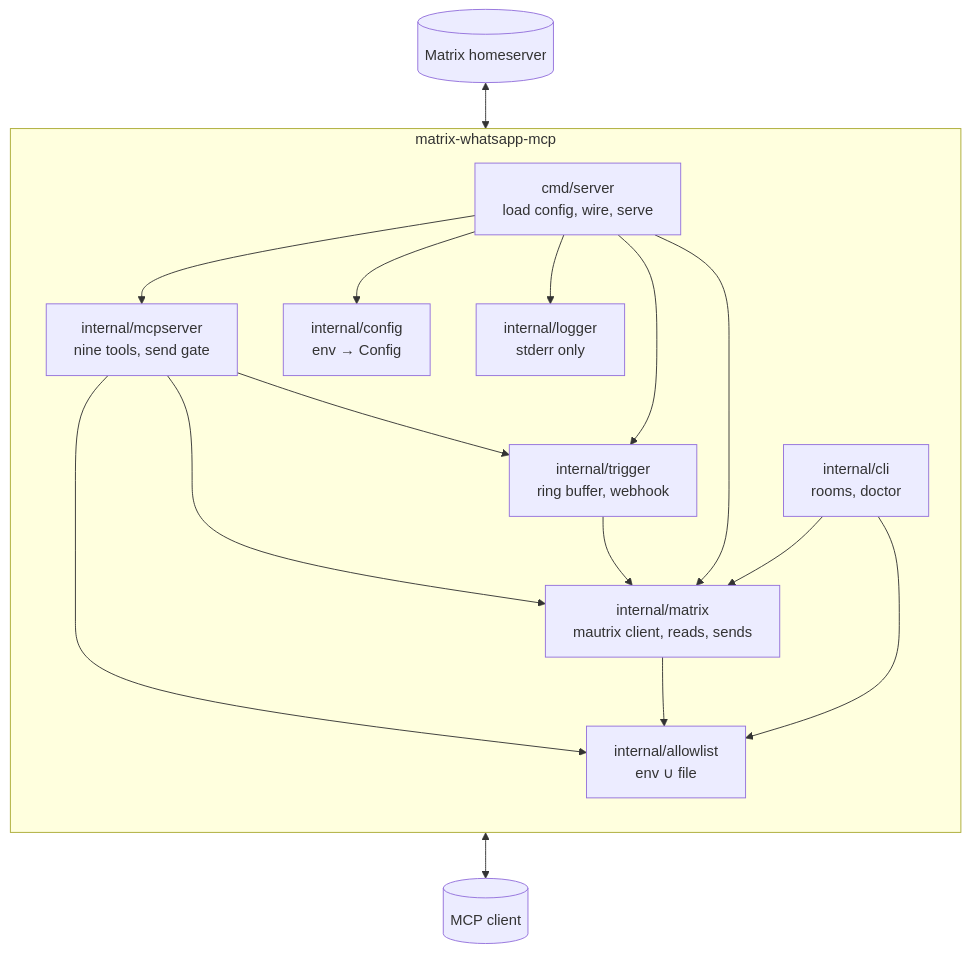
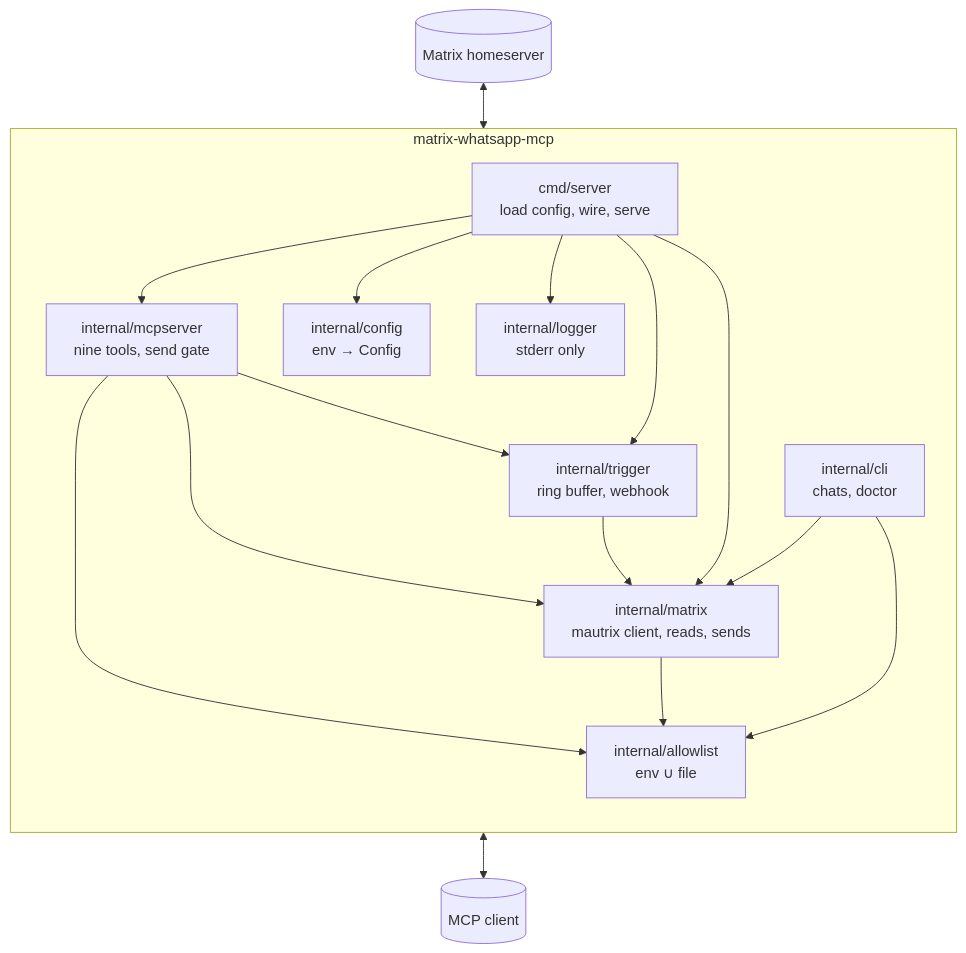
Before and after one commit to anoraks-oasis/matrix-whatsapp-mcp: the diagram in docs/architecture.md, drawn with Mermaid. The commit also changed other lines of this file and 9 other files, not shown here.

````diff
--- a/docs/architecture.md
+++ b/docs/architecture.md
@@ -7,28 +7,28 @@
 ```mermaid
 flowchart TB
   subgraph process["matrix-whatsapp-mcp"]
     direction TB
     main["cmd/server<br/>load config, wire, serve"]
     cfg["internal/config<br/>env → Config"]
     log["internal/logger<br/>stderr only"]
     mtx["internal/matrix<br/>mautrix client, reads, sends"]
     allow["internal/allowlist<br/>env ∪ file"]
     trig["internal/trigger<br/>ring buffer, webhook"]
     mcp["internal/mcpserver<br/>nine tools, send gate"]
-    cli["internal/cli<br/>rooms, doctor"]
+    cli["internal/cli<br/>chats, doctor"]
   end
   mcp --> mtx
   mcp --> trig
   mcp --> allow
   mtx --> allow
   trig --> mtx
   main --> mcp
   main --> mtx
   main --> trig
   main --> cfg
   main --> log
   cli --> mtx
   cli --> allow
   homeserver[(Matrix homeserver)] <--> mtx
   mcp <--> client[(MCP client)]
 ```
````
